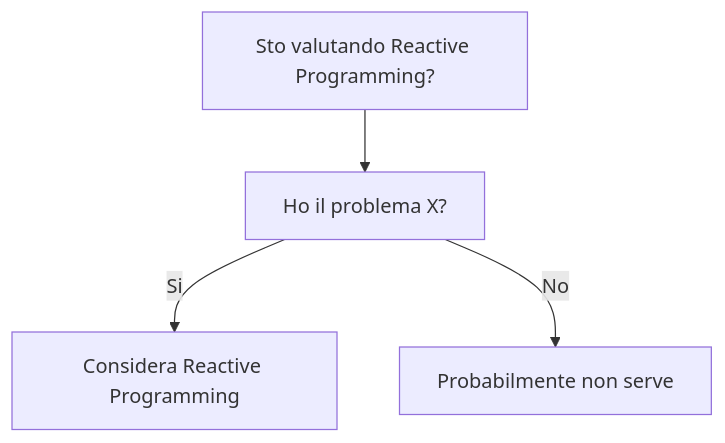
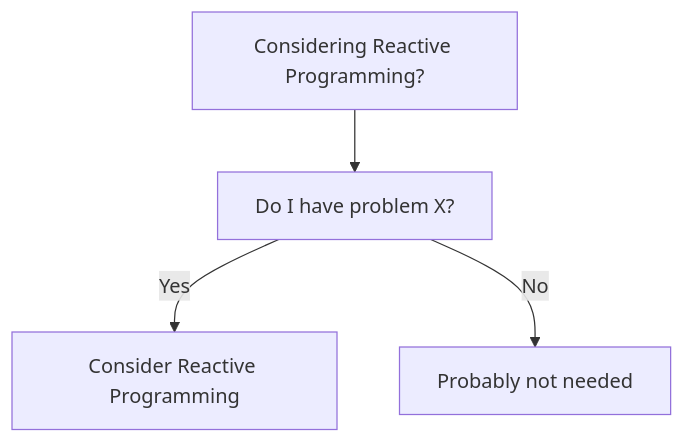
The diagram in dev-wiki/04_Concurrency/Reactive_Programming/When_To_Use.md (HxT9/Software-Dev-Wiki), drawn with Mermaid before and after one commit. The commit also changed other lines of this file and 3444 other files, not shown here.

````diff
--- a/dev-wiki/04_Concurrency/Reactive_Programming/When_To_Use.md
+++ b/dev-wiki/04_Concurrency/Reactive_Programming/When_To_Use.md
@@ -19,6 +19,6 @@
 ```mermaid
 flowchart TD
-  Q[Sto valutando Reactive Programming?] --> Q1[Ho il problema X?]
-  Q1 -->|Si| OK[Considera Reactive Programming]
-  Q1 -->|No| NO[Probabilmente non serve]
+  Q[Considering Reactive Programming?] --> Q1[Do I have problem X?]
+  Q1 -->|Yes| OK[Consider Reactive Programming]
+  Q1 -->|No| NO[Probably not needed]
 ```
````
